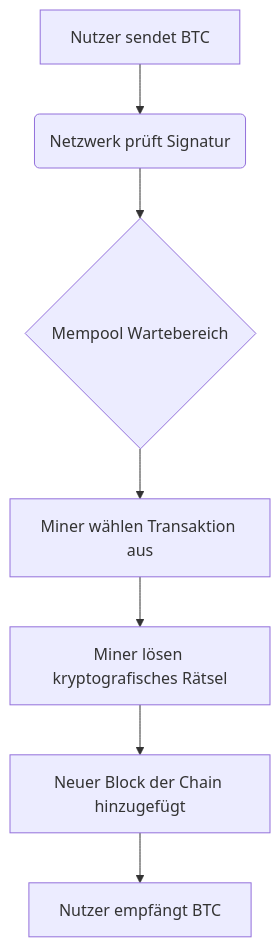
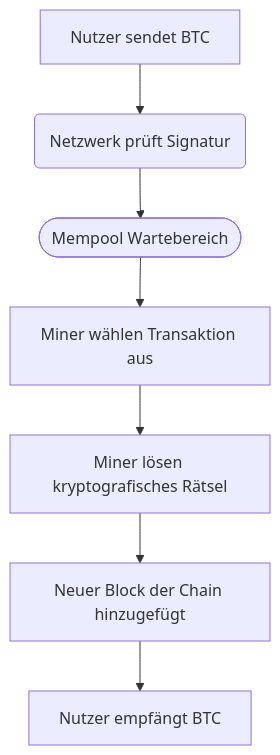
One commit to annabraun015-stack/krypto-watch changed the diagram in src/content/blog/de/was-ist-bitcoin.mdx. Above: the diagram before and after it, drawn with Mermaid. The commit also changed 10 other files, not shown here.

```diff
--- a/src/content/blog/de/was-ist-bitcoin.mdx
+++ b/src/content/blog/de/was-ist-bitcoin.mdx
@@ -72,9 +72,9 @@
 <div class="mermaid">
 graph TD
     A[Nutzer sendet BTC] --> B(Netzwerk prüft Signatur);
-    B --> C{Mempool Wartebereich};
+    B --> C([Mempool Wartebereich]);
     C --> D[Miner wählen Transaktion aus];
     D --> E[Miner lösen kryptografisches Rätsel];
     E --> F[Neuer Block der Chain hinzugefügt];
     F --> G[Nutzer empfängt BTC];
 </div>
```
